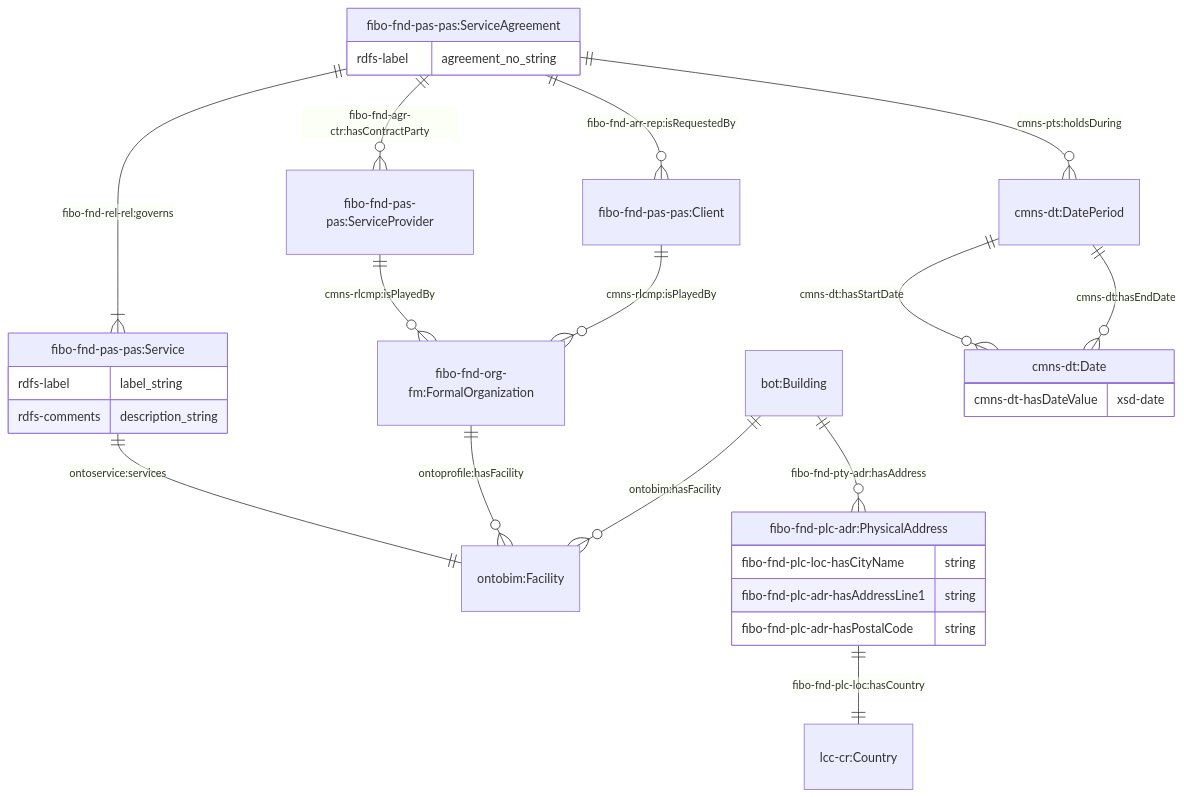
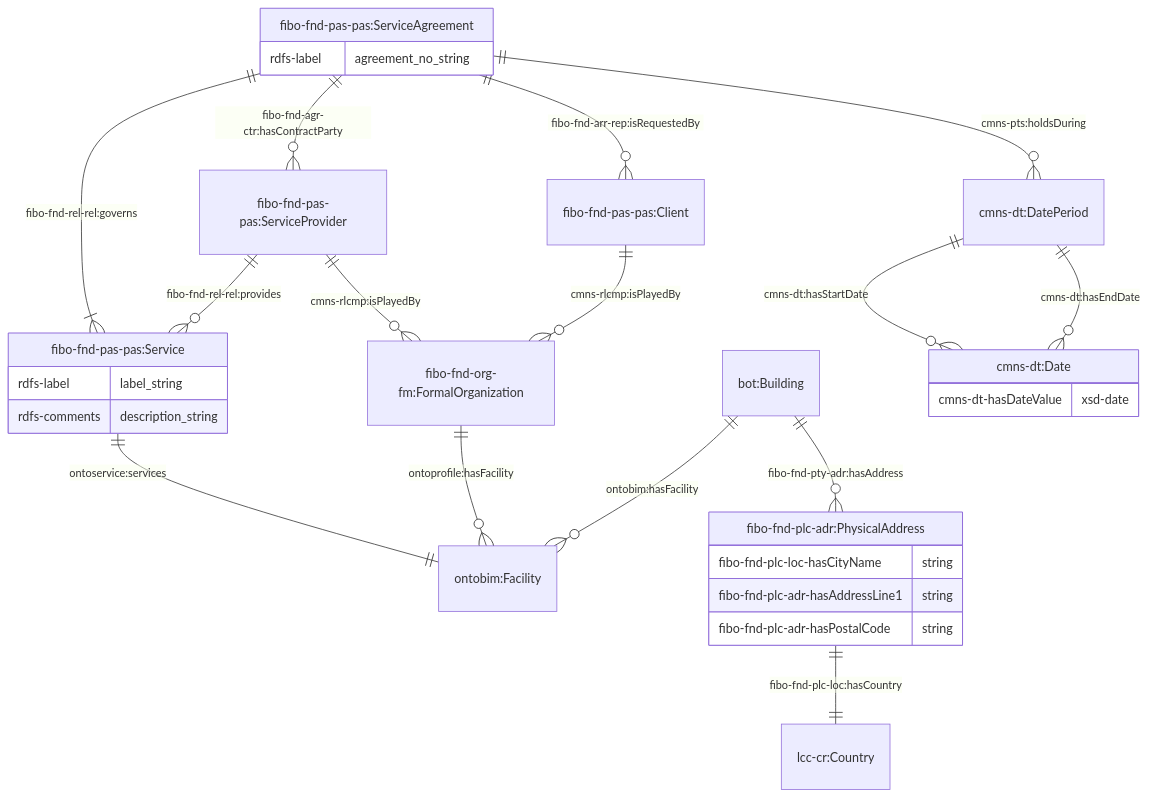
One commit to cambridge-cares/TheWorldAvatar changed the first of 5 diagrams in JPS_Ontology/ontology/ontoservice/README.md. Above: the diagram before and after it, drawn with Mermaid. The commit also changed other lines of this file and 2 other files, not shown here.

Commit message:
dev_ontoservice: Added contact services by the client, for the service provided in the service agreement if required

````diff
--- a/JPS_Ontology/ontology/ontoservice/README.md
+++ b/JPS_Ontology/ontology/ontoservice/README.md
@@ -52,35 +52,36 @@
 ```mermaid
     erDiagram
     "fibo-fnd-pas-pas:ServiceAgreement" {
         rdfs-label agreement_no_string
     }
     "fibo-fnd-pas-pas:ServiceAgreement" ||--|{ "fibo-fnd-pas-pas:Service" : "fibo-fnd-rel-rel:governs"
     "fibo-fnd-pas-pas:Service" {
         rdfs-label label_string
         rdfs-comments description_string
     }
     "fibo-fnd-pas-pas:Service" ||--|| "ontobim:Facility" : "ontoservice:services"
     "fibo-fnd-org-fm:FormalOrganization" ||--o{ "ontobim:Facility" : "ontoprofile:hasFacility "
 
     "bot:Building" ||--o{ "ontobim:Facility" : "ontobim:hasFacility "
     "bot:Building" ||--o{ "fibo-fnd-plc-adr:PhysicalAddress" : "fibo-fnd-pty-adr:hasAddress"
     "fibo-fnd-plc-adr:PhysicalAddress" ||--|| "lcc-cr:Country" : "fibo-fnd-plc-loc:hasCountry"
     "fibo-fnd-plc-adr:PhysicalAddress" {
         fibo-fnd-plc-loc-hasCityName string
         fibo-fnd-plc-adr-hasAddressLine1 string
         fibo-fnd-plc-adr-hasPostalCode string
     }
 
     "fibo-fnd-pas-pas:ServiceAgreement" ||--o{ "cmns-dt:DatePeriod" : "cmns-pts:holdsDuring"
     "cmns-dt:DatePeriod" ||--o{ "cmns-dt:Date" : "cmns-dt:hasStartDate"
     "cmns-dt:DatePeriod" ||--o{ "cmns-dt:Date" : "cmns-dt:hasEndDate"
     "cmns-dt:Date" {
         cmns-dt-hasDateValue xsd-date
     }
 
     "fibo-fnd-pas-pas:ServiceAgreement" ||--o{ "fibo-fnd-pas-pas:Client" : "fibo-fnd-arr-rep:isRequestedBy"
     "fibo-fnd-pas-pas:ServiceAgreement" ||--o{ "fibo-fnd-pas-pas:ServiceProvider" : "fibo-fnd-agr-ctr:hasContractParty"
 
     "fibo-fnd-pas-pas:ServiceProvider" ||--o{ "fibo-fnd-org-fm:FormalOrganization"  : "cmns-rlcmp:isPlayedBy"
+    "fibo-fnd-pas-pas:ServiceProvider" ||--o{ "fibo-fnd-pas-pas:Service"  : "fibo-fnd-rel-rel:provides"
     "fibo-fnd-pas-pas:Client" ||--o{ "fibo-fnd-org-fm:FormalOrganization"  : "cmns-rlcmp:isPlayedBy"
 ```
````
